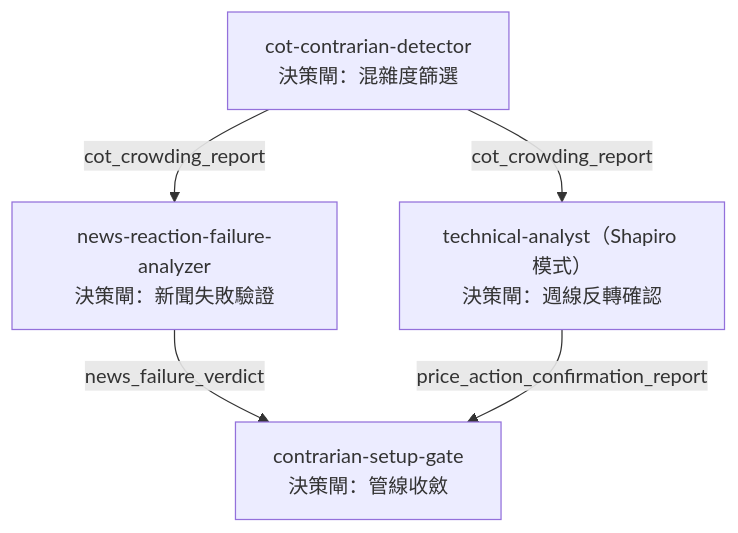
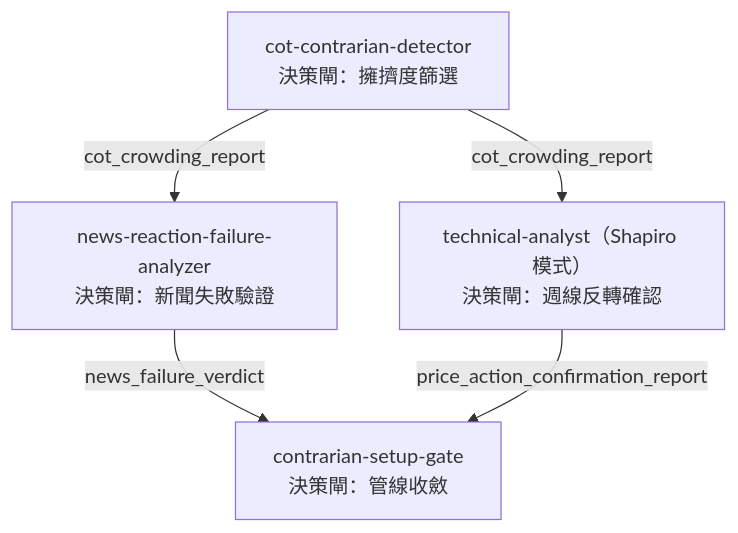
Before and after one commit to daiwanwei/trading-agent-book: the diagram in book/part2-screening/05-shapiro.md, drawn with Mermaid. The commit also changed other lines of this file and 5 other files, not shown here.

````diff
--- a/book/part2-screening/05-shapiro.md
+++ b/book/part2-screening/05-shapiro.md
@@ -25,12 +25,12 @@
 ```mermaid
 flowchart TD
-    CCD["cot-contrarian-detector<br/>決策閘：混雜度篩選"]
+    CCD["cot-contrarian-detector<br/>決策閘：擁擠度篩選"]
     NRF["news-reaction-failure-analyzer<br/>決策閘：新聞失敗驗證"]
     TA["technical-analyst（Shapiro 模式）<br/>決策閘：週線反轉確認"]
     CSG["contrarian-setup-gate<br/>決策閘：管線收斂"]
 
     CCD -->|cot_crowding_report| NRF
     CCD -->|cot_crowding_report| TA
     NRF -->|news_failure_verdict| CSG
     TA -->|price_action_confirmation_report| CSG
 ```
````
